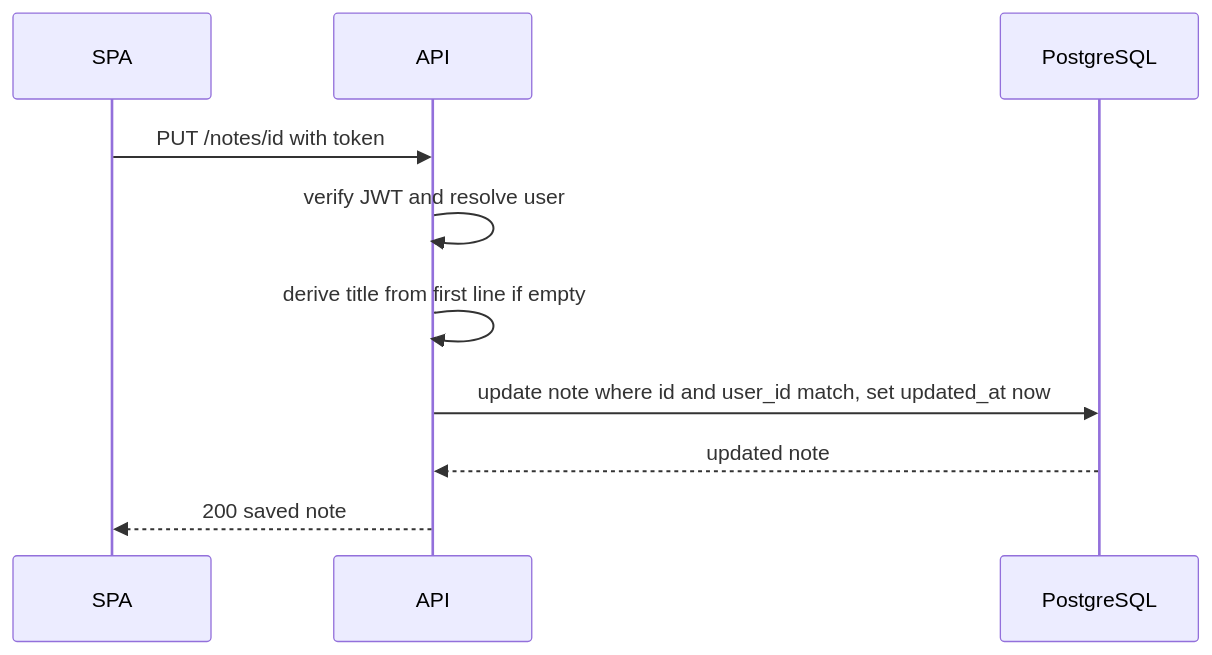
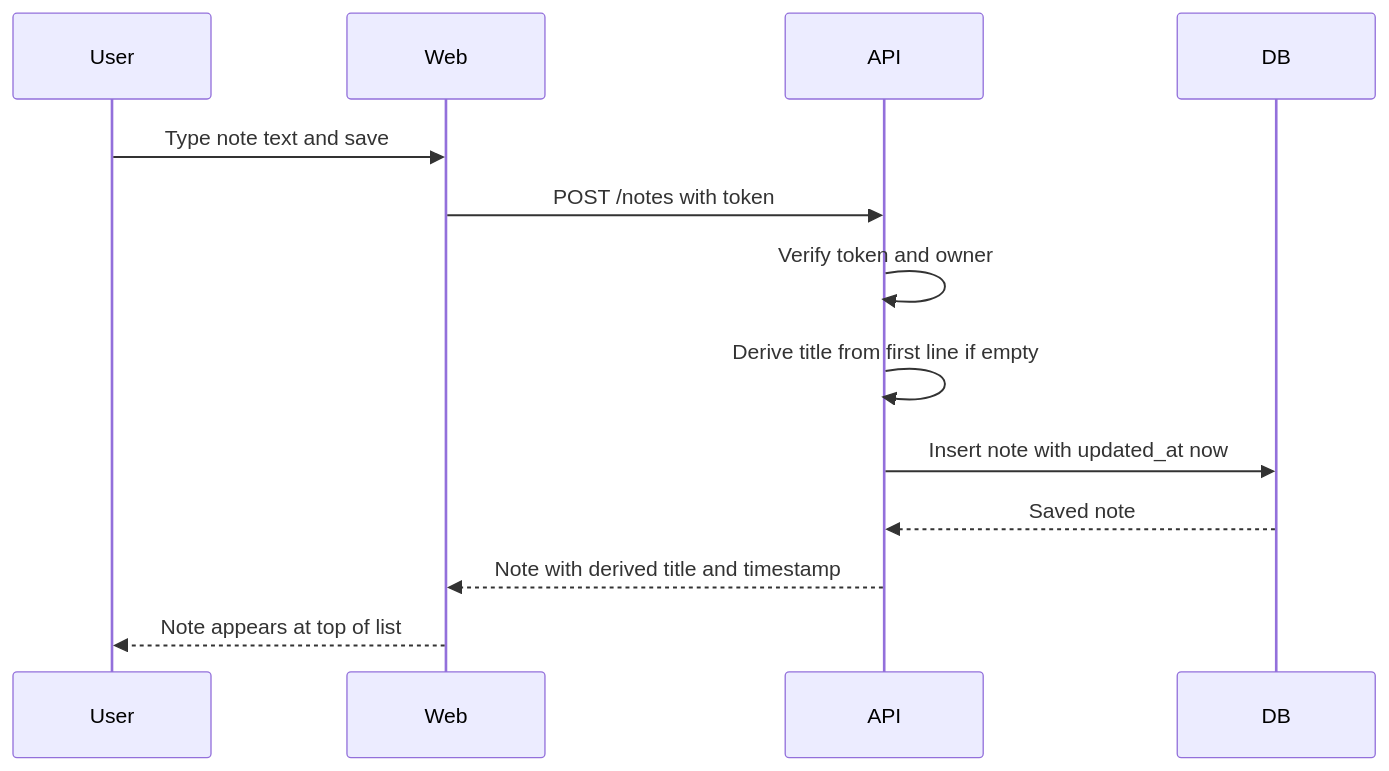
One commit to satya1802/1simple-note-pad changed the third of 5 diagrams in docs/sdlc/architecture/README.md. Above: the diagram before and after it, drawn with Mermaid. The commit also changed other lines of this file and 12 other files, not shown here.

````diff
--- a/docs/sdlc/architecture/README.md
+++ b/docs/sdlc/architecture/README.md
@@ -190,12 +200,15 @@
 ```mermaid
 sequenceDiagram
-  participant U as SPA
+  participant U as User
+  participant W as Web
   participant A as API
-  participant DB as PostgreSQL
-  U->>A: PUT /notes/id with token
-  A->>A: verify JWT and resolve user
-  A->>A: derive title from first line if empty
-  A->>DB: update note where id and user_id match, set updated_at now
-  DB-->>A: updated note
-  A-->>U: 200 saved note
+  participant D as DB
+  U->>W: Type note text and save
+  W->>A: POST /notes with token
+  A->>A: Verify token and owner
+  A->>A: Derive title from first line if empty
+  A->>D: Insert note with updated_at now
+  D-->>A: Saved note
+  A-->>W: Note with derived title and timestamp
+  W-->>U: Note appears at top of list
 ```
````
